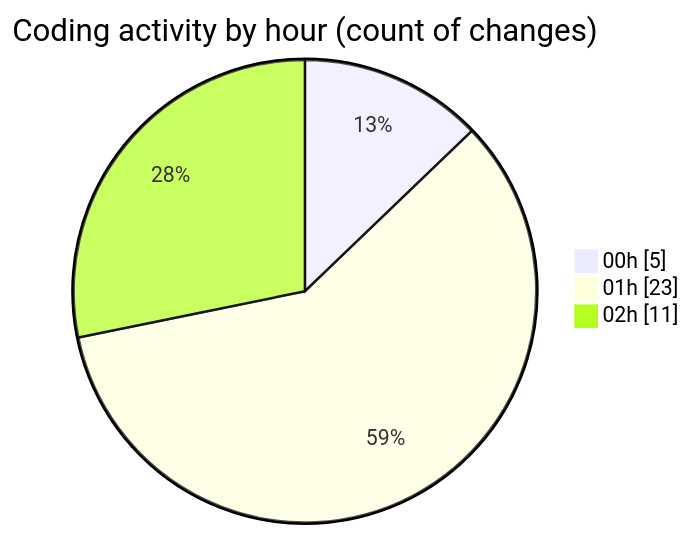
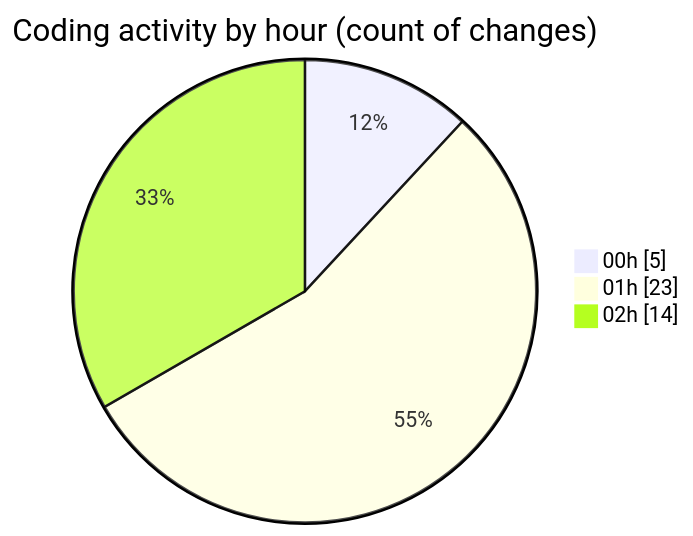
One commit to julien-gomy/code-tracking changed the second of 2 diagrams in 2025-11-06/usr_aleoudev_fr__workspace_/README.md. Above: the diagram before and after it, drawn with Mermaid. The commit also changed other lines of this file and 1 other file, not shown here.

````diff
--- a/2025-11-06/usr_aleoudev_fr__workspace_/README.md
+++ b/2025-11-06/usr_aleoudev_fr__workspace_/README.md
@@ -33,7 +33,7 @@
 ```mermaid
 pie showData
 title Coding activity by hour (count of changes)
 "00h" : 5
 "01h" : 23
-"02h" : 11
+"02h" : 14
 ```
````
